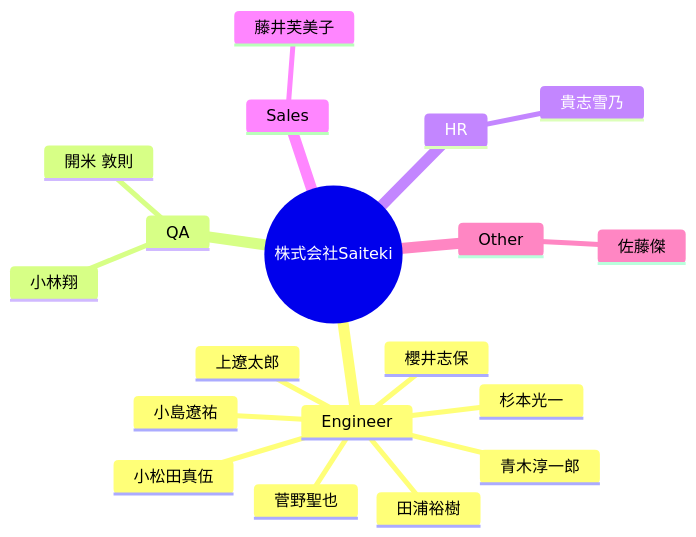
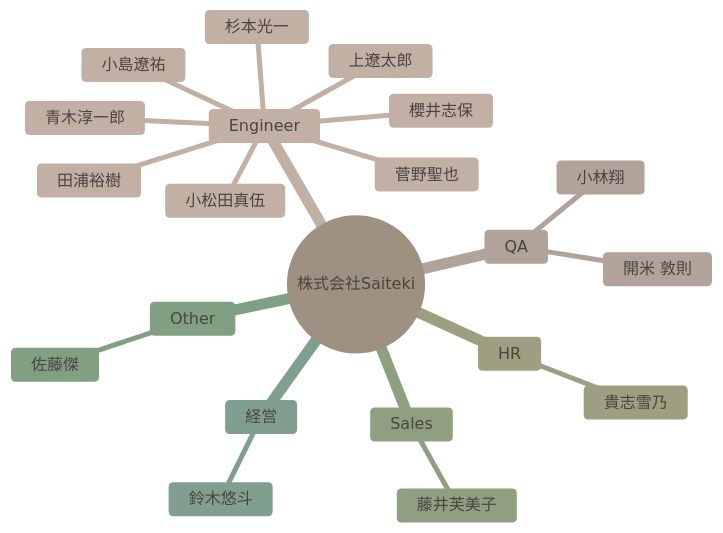
The diagram in docs/TEAM.md (Saitekiinc-com/saiteki-employee-management), drawn with Mermaid before and after one commit. The commit also changed other lines of this file and 2 other files, not shown here.

Commit message:
Update employee data from Issue #17

````diff
--- a/docs/TEAM.md
+++ b/docs/TEAM.md
@@ -5,22 +5,36 @@
 ```mermaid
+%%{init: {
+    'theme': 'base',
+    'themeVariables': {
+      'primaryColor': '#D6D0C9',
+      'primaryTextColor': '#4A4540',
+      'primaryBorderColor': '#BBAA99',
+      'lineColor': '#A3998E',
+      'secondaryColor': '#F5F2F0',
+      'tertiaryColor': '#E8E4E1',
+      'nodeBorder': '1px'
+    }
+  }}%%
 mindmap
   root((株式会社Saiteki))
     Engineer
       杉本光一
       青木淳一郎
       櫻井志保
       田浦裕樹
       上遼太郎
       小松田真伍
       小島遼祐
       菅野聖也
     QA
       小林翔
       開米 敦則
     HR
       貴志雪乃
     Sales
       藤井芙美子
     Other
       佐藤傑
+    経営
+      鈴木悠斗
 ```
````
